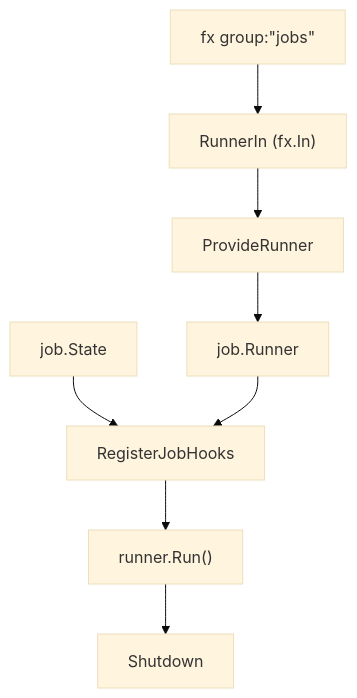
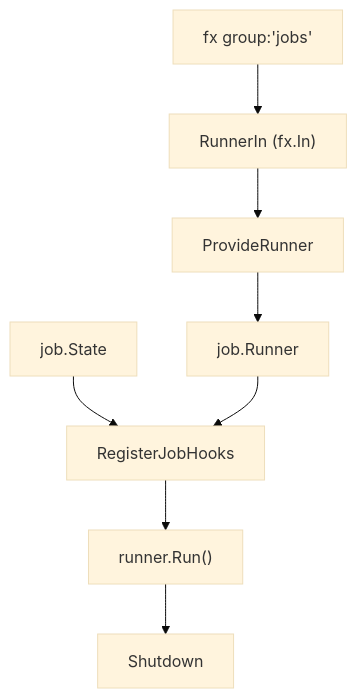
The diagram in docs/portal/guides/ja/di-job.ja.md (Tomy-ch/go-boilerplate), drawn with Mermaid (base theme) before and after one commit. The commit also changed 3 other files, not shown here.

First line of the commit message:
Fix: di/job mermaid label の引用符を単一引用符に変更

````diff
--- a/docs/portal/guides/ja/di-job.ja.md
+++ b/docs/portal/guides/ja/di-job.ja.md
@@ -21,16 +21,16 @@
 ```mermaid
 flowchart TB
-    FxGroup["fx group:#quot;jobs#quot;"]
+    FxGroup["fx group:'jobs'"]
     RunnerIn["RunnerIn (fx.In)"]
     ProvideRunner["ProvideRunner"]
     Runner["job.Runner"]
     Hook["RegisterJobHooks"]
     State["job.State"]
     Execute["runner.Run()"]
     Shutdown["Shutdown"]
 
     FxGroup --> RunnerIn --> ProvideRunner --> Runner
     State --> Hook
     Runner --> Hook
     Hook --> Execute --> Shutdown
 ```
````
